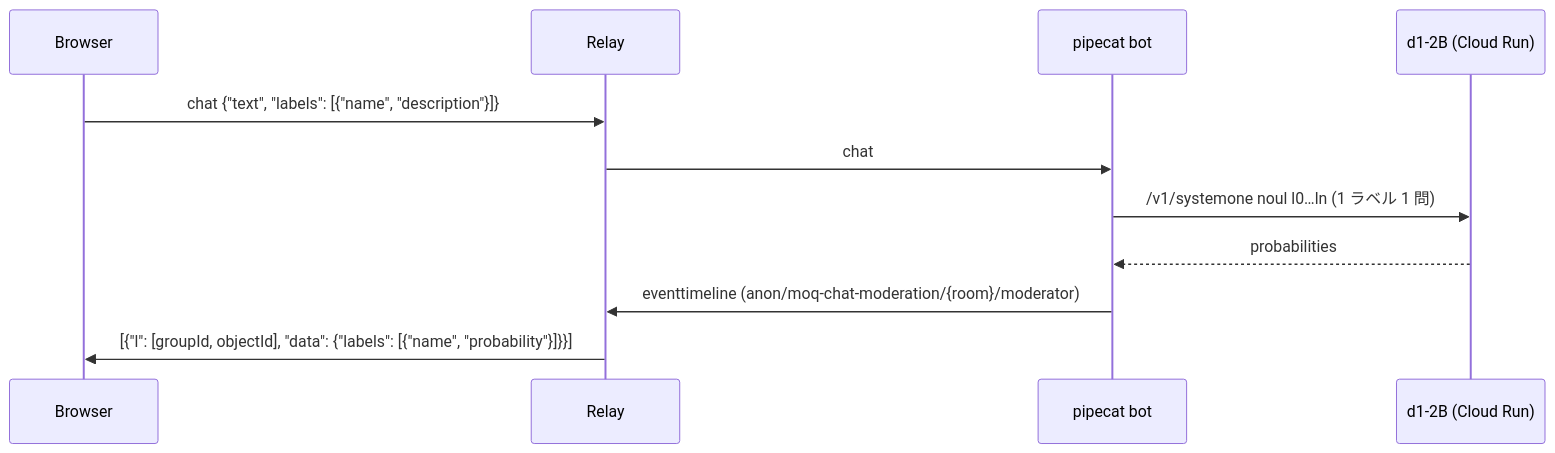
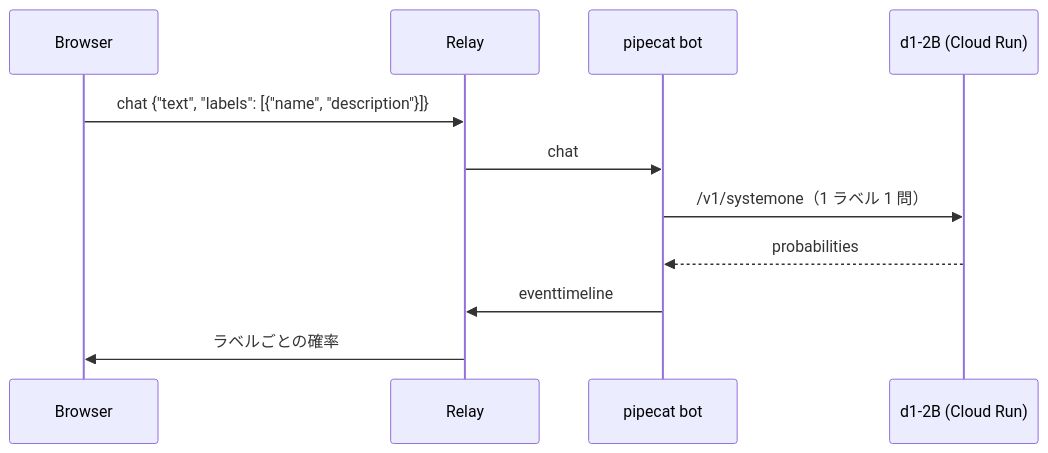
Before and after one commit to nttcom/moq-wasm: the diagram in examples/python/moq-chat-moderation/README.md, drawn with Mermaid. The commit also changed other lines of this file and 33 other files, not shown here.

````diff
--- a/examples/python/moq-chat-moderation/README.md
+++ b/examples/python/moq-chat-moderation/README.md
@@ -8,13 +7,13 @@
 ```mermaid
 sequenceDiagram
     participant B as Browser
     participant R as Relay
     participant P as pipecat bot
     participant D as d1-2B (Cloud Run)
     B->>R: chat {"text", "labels": [{"name", "description"}]}
     R->>P: chat
-    P->>D: /v1/systemone noul l0…ln (1 ラベル 1 問)
+    P->>D: /v1/systemone（1 ラベル 1 問）
     D-->>P: probabilities
-    P->>R: eventtimeline (anon/moq-chat-moderation/{room}/moderator)
-    R->>B: [{"l": [groupId, objectId], "data": {"labels": [{"name", "probability"}]}}]
+    P->>R: eventtimeline
+    R->>B: ラベルごとの確率
 ```
````
